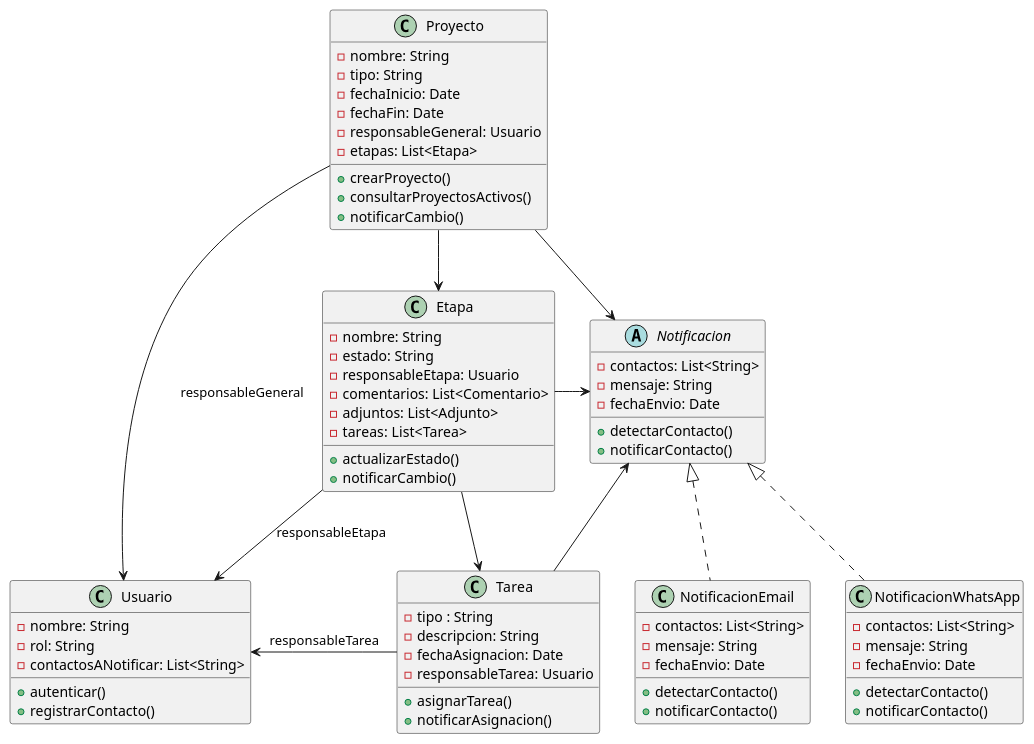
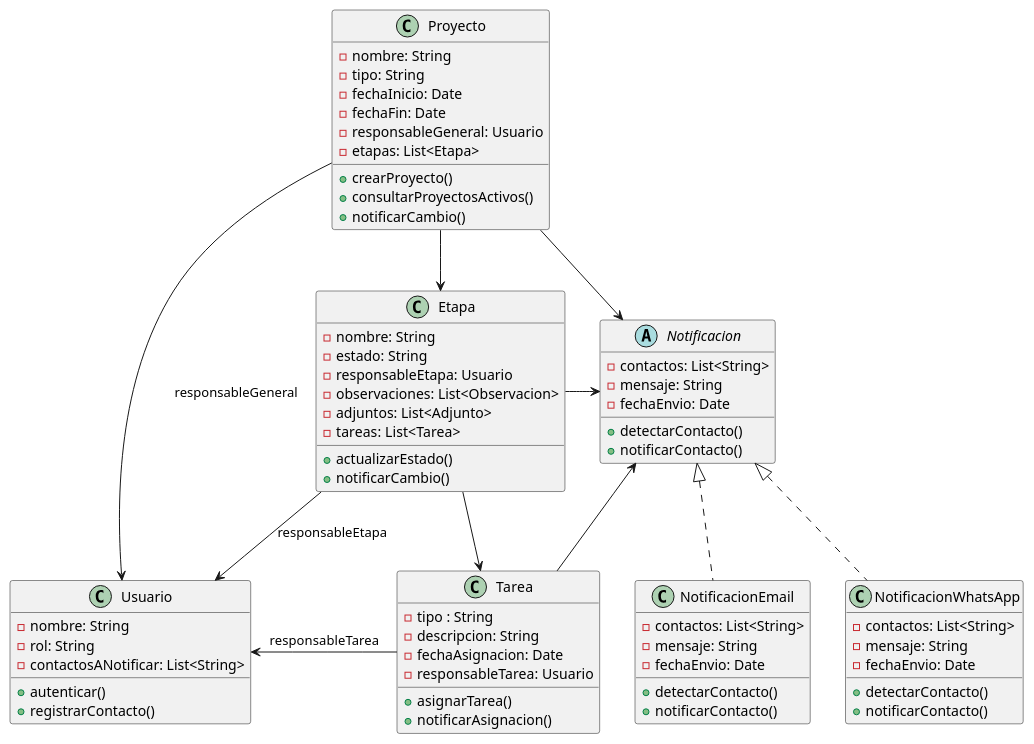
One commit to 9919-Mili/SistemaProductoraVideos changed the diagram in diagramas/01-diagrama-clases/01-solid-02-ocp.puml. Above: the diagram before and after it, drawn with PlantUML. The commit also changed 22 other files, not shown here.

```diff
--- a/diagramas/01-diagrama-clases/01-solid-02-ocp.puml
+++ b/diagramas/01-diagrama-clases/01-solid-02-ocp.puml
@@ -1,79 +1,79 @@
 @startuml 01-boceto-inicial-ocp
 
 class Proyecto {
   - nombre: String
   - tipo: String
   - fechaInicio: Date
   - fechaFin: Date
   - responsableGeneral: Usuario
   - etapas: List<Etapa>
   + crearProyecto()
   + consultarProyectosActivos()
   + notificarCambio()
 }
 
 class Etapa {
   - nombre: String
   - estado: String
   - responsableEtapa: Usuario
-  - comentarios: List<Comentario>
+  - observaciones: List<Observacion>
   - adjuntos: List<Adjunto>
   - tareas: List<Tarea>
   + actualizarEstado()
   + notificarCambio()
 }
 
 class Tarea {
   - tipo : String
   - descripcion: String
   - fechaAsignacion: Date
   - responsableTarea: Usuario
   + asignarTarea()
   + notificarAsignacion()
 }
 
 abstract class Notificacion {
   - contactos: List<String>
   - mensaje: String
   - fechaEnvio: Date
   + detectarContacto()
   + notificarContacto()
 }
 
 class NotificacionEmail {
   - contactos: List<String>
   - mensaje: String
   - fechaEnvio: Date
   + detectarContacto()
   + notificarContacto()
 }
 
 class NotificacionWhatsApp {
   - contactos: List<String>
   - mensaje: String
   - fechaEnvio: Date
   + detectarContacto()
   + notificarContacto()
 }
 
 class Usuario {
   - nombre: String
   - rol: String
   - contactosANotificar: List<String>
   + autenticar()
   + registrarContacto()
 }
 
 
 Proyecto -down-> Etapa
 Etapa -down-> Tarea
 Tarea -left-> Usuario : responsableTarea
 Proyecto -down-> Usuario : responsableGeneral
 Etapa -down-> Usuario : responsableEtapa
 Proyecto -down-> Notificacion
 Etapa -right-> Notificacion
 Tarea -up-> Notificacion
 NotificacionEmail .up.|> Notificacion
 NotificacionWhatsApp .up.|> Notificacion
 
 @enduml
```
